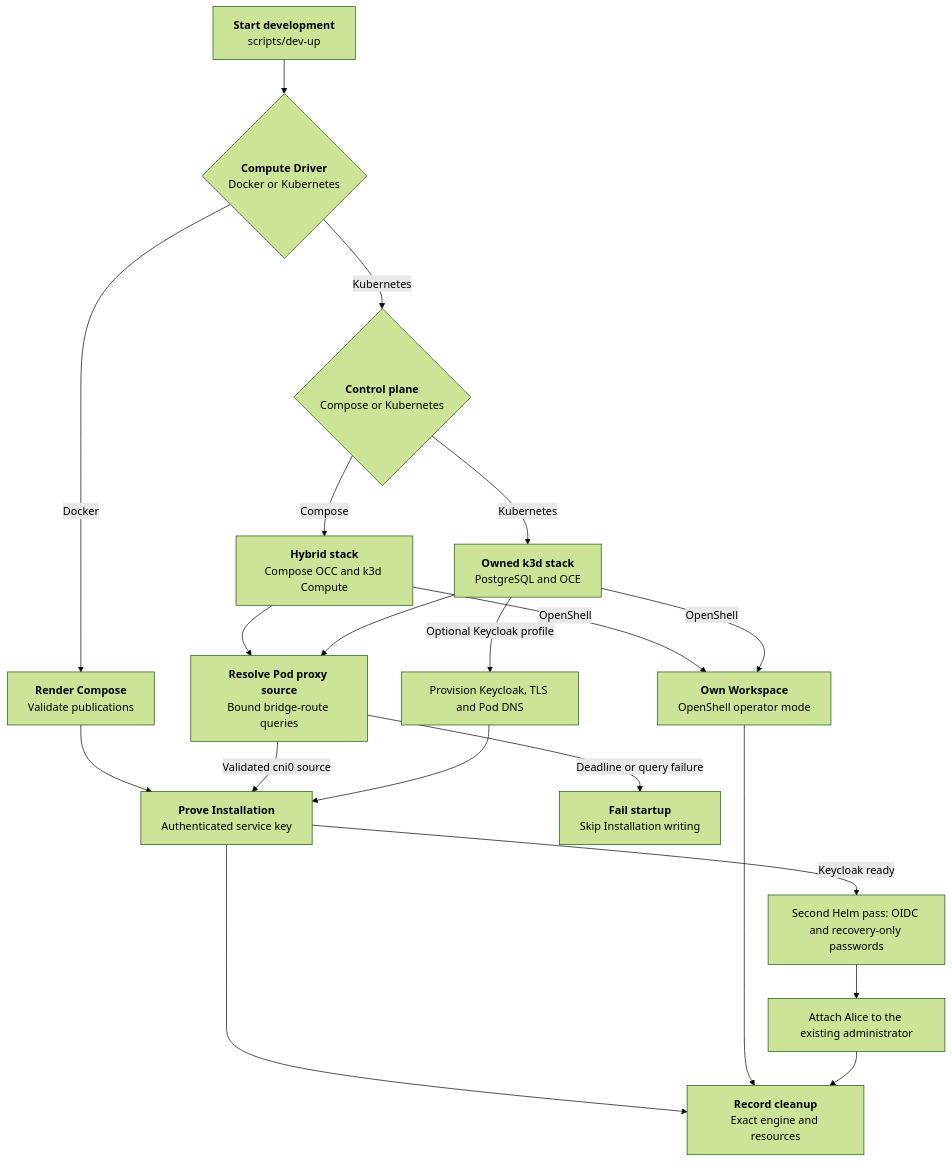
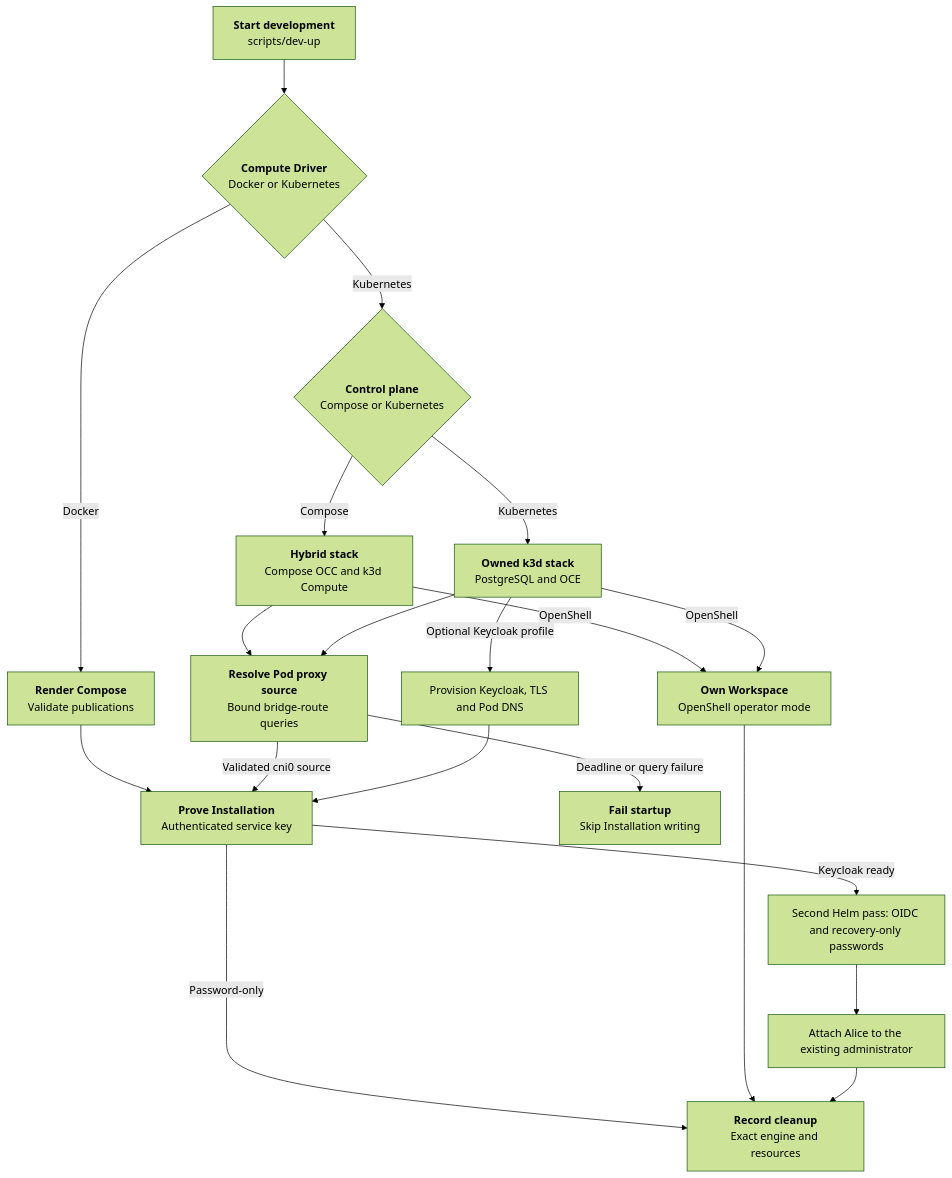
Before and after one commit to hybrowlabs/openclaw-enterprise: the diagram in docs/flows/docker-compose-development/startup.md, drawn with Mermaid (forest theme). The commit also changed other lines of this file and 1 other file, not shown here.

````diff
--- a/docs/flows/docker-compose-development/startup.md
+++ b/docs/flows/docker-compose-development/startup.md
@@ -33,22 +33,22 @@
 ```mermaid
 graph TD
   A["<b>Start development</b><br/>scripts/dev-up"] --> B{"<b>Compute Driver</b><br/>Docker or Kubernetes"}
   B -- "Docker" --> C["<b>Render Compose</b><br/>Validate publications"]
   B -- "Kubernetes" --> D{"<b>Control plane</b><br/>Compose or Kubernetes"}
   D -- "Kubernetes" --> E["<b>Owned k3d stack</b><br/>PostgreSQL and OCE"]
   D -- "Compose" --> F["<b>Hybrid stack</b><br/>Compose OCC and k3d Compute"]
   C --> G["<b>Prove Installation</b><br/>Authenticated service key"]
   F --> R["<b>Resolve Pod proxy source</b><br/>Bound bridge-route queries"]
   E --> R
   R -- "Validated cni0 source" --> G
   R -- "Deadline or query failure" --> X["<b>Fail startup</b><br/>Skip Installation writing"]
   F -- "OpenShell" --> H["<b>Own Workspace</b><br/>OpenShell operator mode"]
   E -- "OpenShell" --> H
-  G --> I["<b>Record cleanup</b><br/>Exact engine and resources"]
+  G -- "Password-only" --> I["<b>Record cleanup</b><br/>Exact engine and resources"]
   H --> I
   E -- "Optional Keycloak profile" --> K["Provision Keycloak, TLS and Pod DNS"]
   K --> G
   G -- "Keycloak ready" --> L["Second Helm pass: OIDC and recovery-only passwords"]
   L --> M["Attach Alice to the existing administrator"]
   M --> I
 ```
````
